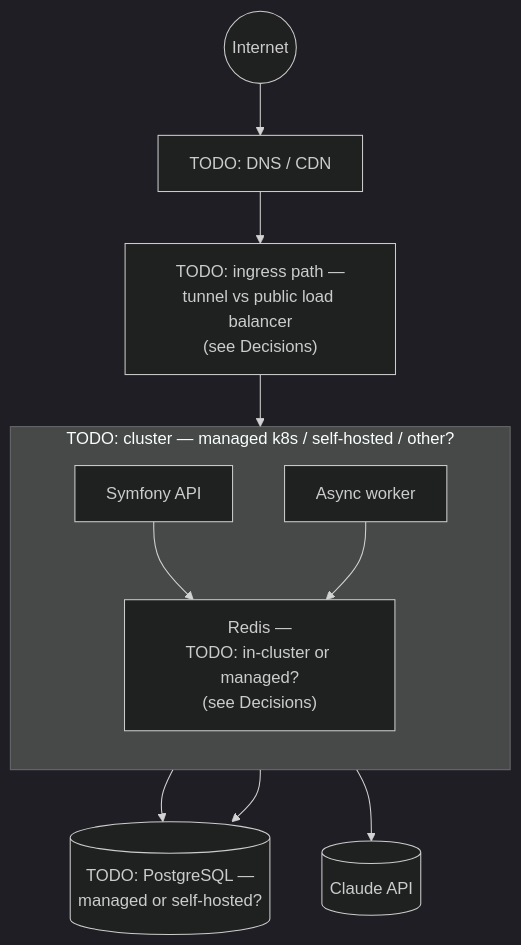
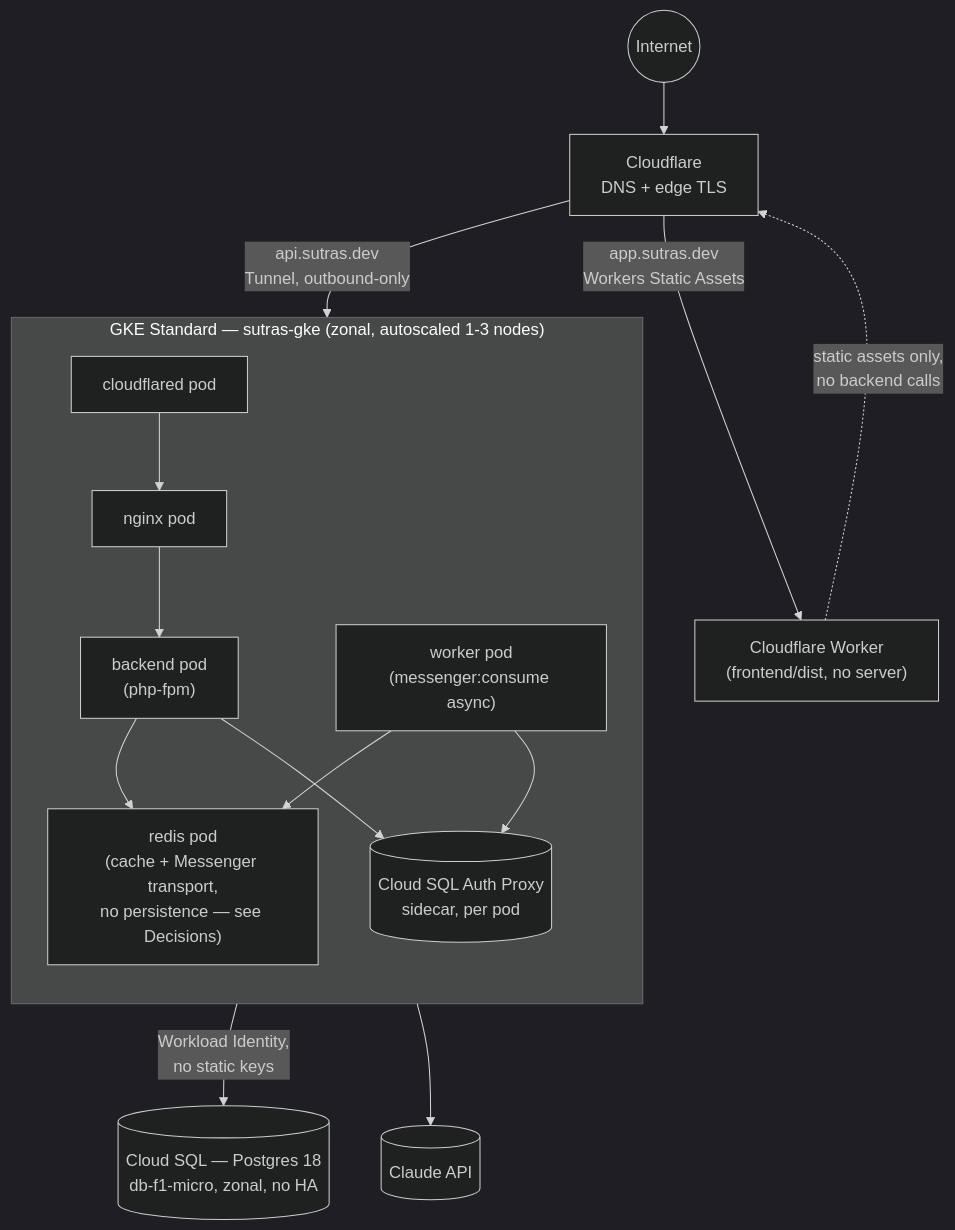
One commit to sharmilanAmpi/sutras-playbook changed the first of 2 diagrams in docs/deployment.md. Above: the diagram before and after it, drawn with Mermaid (dark theme). The commit also changed other lines of this file and 10 other files, not shown here.

````diff
--- a/docs/deployment.md
+++ b/docs/deployment.md
@@ -7,19 +7,21 @@
 ```mermaid
 flowchart TB
-    Internet(("Internet")) --> DNS["TODO: DNS / CDN"]
-    DNS --> Ingress["TODO: ingress path —\ntunnel vs public load balancer\n(see Decisions)"]
+    Internet(("Internet")) --> CF["Cloudflare\nDNS + edge TLS"]
+    CF -->|"api.sutras.dev\nTunnel, outbound-only"| CFD["cloudflared pod"]
+    CF -->|"app.sutras.dev\nWorkers Static Assets"| Worker["Cloudflare Worker\n(frontend/dist, no server)"]
 
-    subgraph Cluster["TODO: cluster — managed k8s / self-hosted / other?"]
+    subgraph GKE["GKE Standard — sutras-gke (zonal, autoscaled 1-3 nodes)"]
         direction TB
-        APIPod["Symfony API"]
-        WorkerPod["Async worker"]
-        RedisPod["Redis —\nTODO: in-cluster or managed?\n(see Decisions)"]
+        CFD --> Nginx["nginx pod"]
+        Nginx --> API["backend pod\n(php-fpm)"]
+        API --> RedisPod["redis pod\n(cache + Messenger transport,\nno persistence — see Decisions)"]
+        WorkerPod["worker pod\n(messenger:consume async)"] --> RedisPod
+        WorkerPod --> API2[("Cloud SQL Auth Proxy\nsidecar, per pod")]
+        API --> API2
     end
 
-    Ingress --> APIPod
-    APIPod --> DB[("TODO: PostgreSQL —\nmanaged or self-hosted?")]
-    APIPod --> RedisPod
-    WorkerPod --> RedisPod
-    WorkerPod --> DB
+    API2 -->|"Workload Identity,\nno static keys"| CloudSQL[("Cloud SQL — Postgres 18\ndb-f1-micro, zonal, no HA")]
     WorkerPod --> Claude[("Claude API")]
+
+    Worker -.->|static assets only,\nno backend calls| CF
 ```
````
